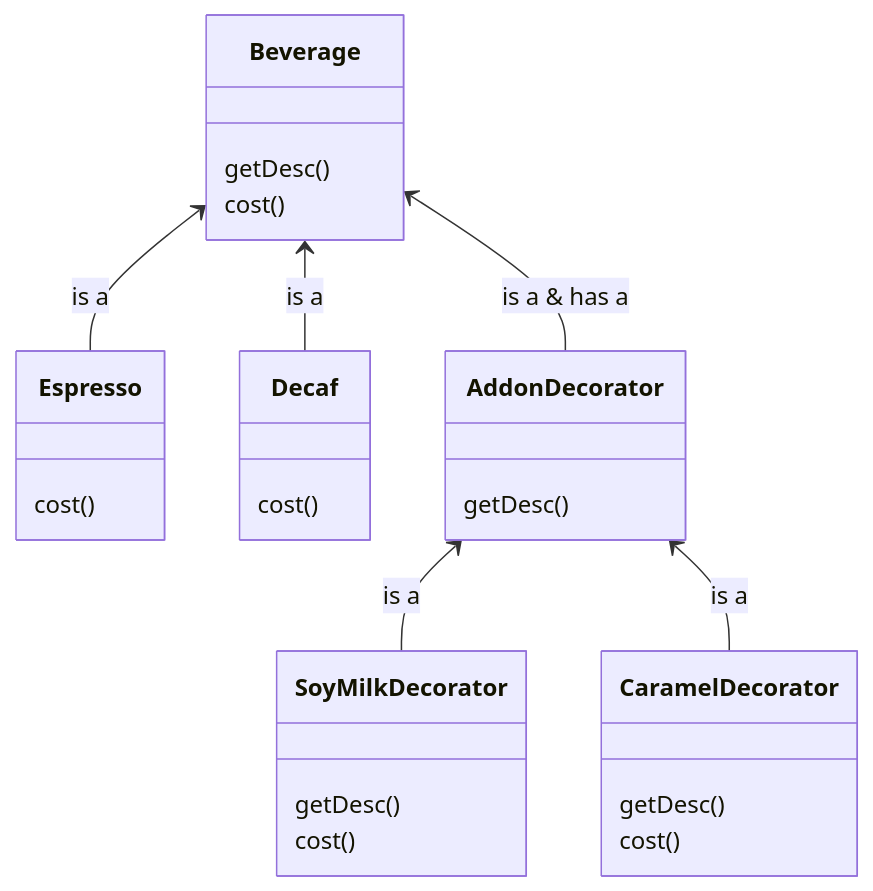
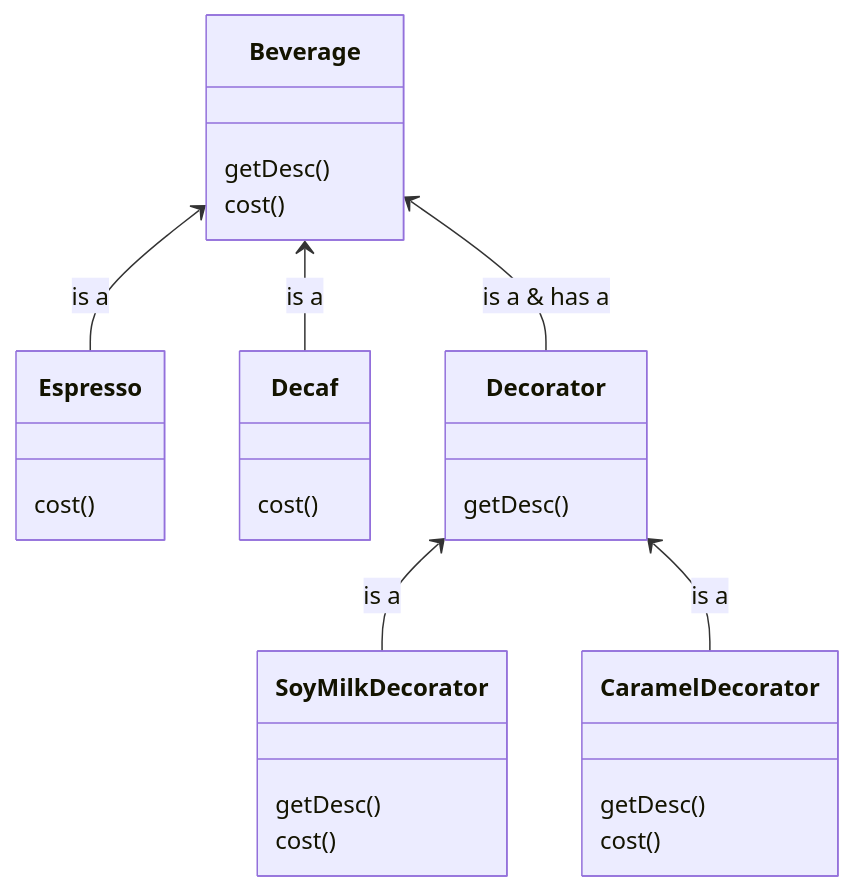
One commit to YCChenVictor/blog-frontend changed the diagram in _posts/Computer_Science/design_pattern/2022-04-02-decorator.md. Above: the diagram before and after it, drawn with Mermaid. The commit also changed other lines of this file and 4 other files, not shown here.

```diff
--- a/_posts/Computer_Science/design_pattern/2022-04-02-decorator.md
+++ b/_posts/Computer_Science/design_pattern/2022-04-02-decorator.md
@@ -115,20 +115,20 @@
 <div class="mermaid">
 classDiagram
   Beverage <-- Espresso : is a
   Beverage <-- Decaf : is a
-  Beverage <-- AddonDecorator : is a & has a
-  AddonDecorator <-- SoyMilkDecorator : is a
-  AddonDecorator <-- CaramelDecorator : is a
+  Beverage <-- Decorator : is a & has a
+  Decorator <-- SoyMilkDecorator : is a
+  Decorator <-- CaramelDecorator : is a
 
   Beverage : getDesc()
   Beverage : cost()
 
   Espresso : cost()
   Decaf : cost()
 
-  AddonDecorator : getDesc()
+  Decorator : getDesc()
   SoyMilkDecorator : getDesc()
   SoyMilkDecorator : cost()
   CaramelDecorator : getDesc()
   CaramelDecorator : cost()
 </div>
```
